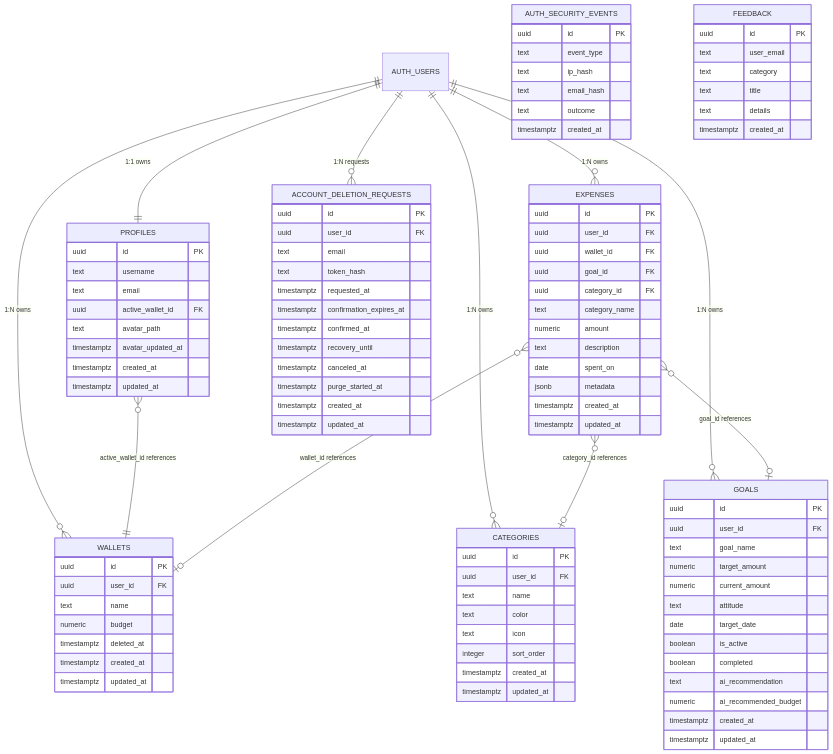
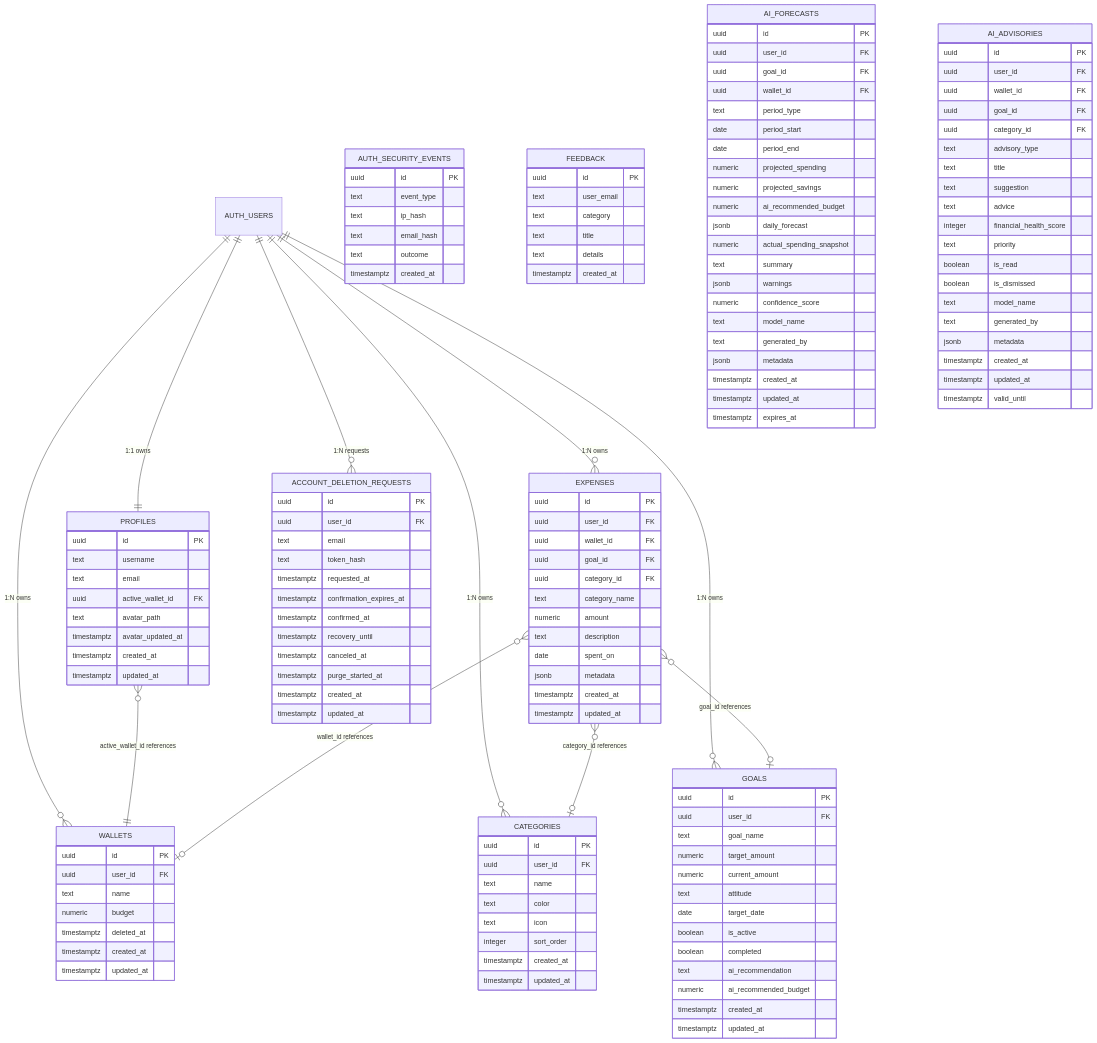
Before and after one commit to Scorch879/Buck-Web-Application: the second of 4 diagrams in Design.md, drawn with Mermaid. The commit also changed other lines of this file and 40 other files, not shown here.

````diff
--- a/Design.md
+++ b/Design.md
@@ -157,4 +157,50 @@
         text details
         timestamptz created_at
     }
+
+    AI_FORECASTS {
+        uuid id PK
+        uuid user_id FK
+        uuid goal_id FK
+        uuid wallet_id FK
+        text period_type
+        date period_start
+        date period_end
+        numeric projected_spending
+        numeric projected_savings
+        numeric ai_recommended_budget
+        jsonb daily_forecast
+        numeric actual_spending_snapshot
+        text summary
+        jsonb warnings
+        numeric confidence_score
+        text model_name
+        text generated_by
+        jsonb metadata
+        timestamptz created_at
+        timestamptz updated_at
+        timestamptz expires_at
+    }
+
+    AI_ADVISORIES {
+        uuid id PK
+        uuid user_id FK
+        uuid wallet_id FK
+        uuid goal_id FK
+        uuid category_id FK
+        text advisory_type
+        text title
+        text suggestion
+        text advice
+        integer financial_health_score
+        text priority
+        boolean is_read
+        boolean is_dismissed
+        text model_name
+        text generated_by
+        jsonb metadata
+        timestamptz created_at
+        timestamptz updated_at
+        timestamptz valid_until
+    }
 ```
````
